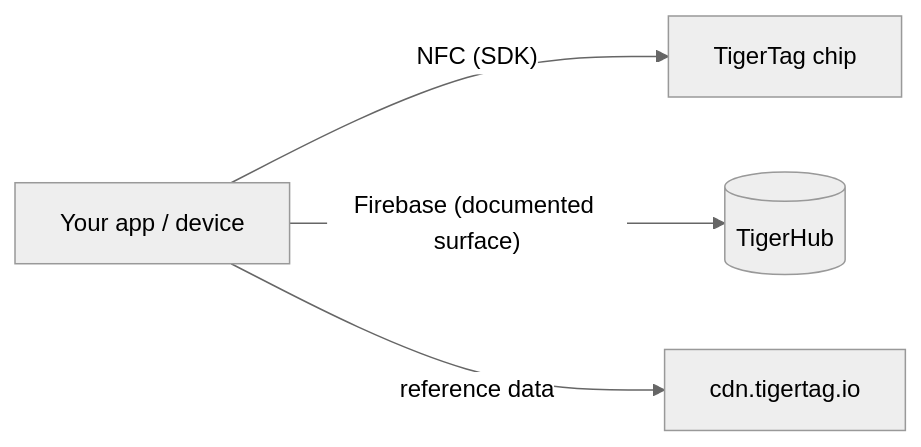
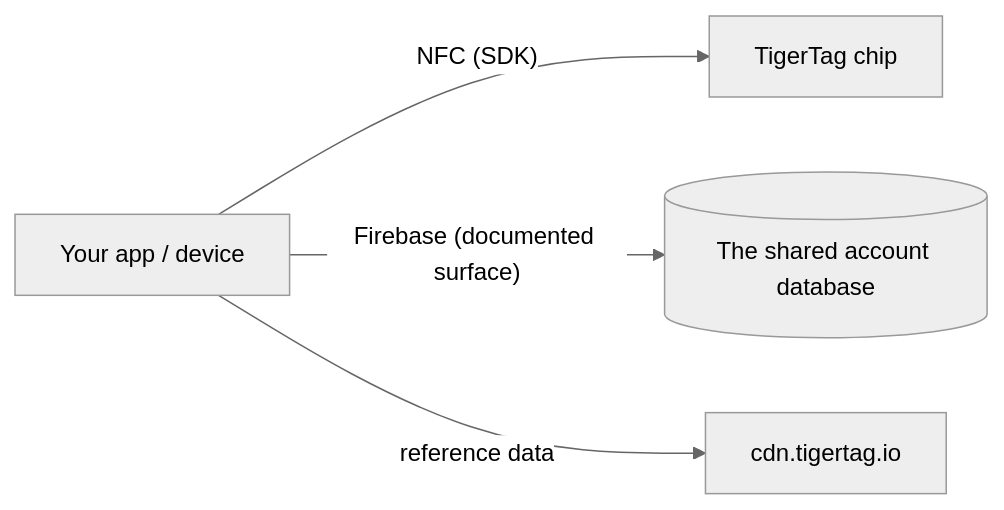
Before and after one commit to TigerTag-Project/TigerSystem-Docs: the diagram in docs/developers/README.md, drawn with Mermaid (neutral theme). The commit also changed 22 other files, not shown here.

Commit message:
Correct the TigerHub definition: TigerHub is the tigersystem.io web platform (showcase + social sandbox); the backend is plain, unbranded Firebase

````diff
--- a/docs/developers/README.md
+++ b/docs/developers/README.md
@@ -40,6 +40,6 @@
 ```mermaid
 flowchart LR
     YOU[Your app / device] -->|"NFC (SDK)"| TAG[TigerTag chip]
-    YOU -->|"Firebase (documented surface)"| CLOUD[(TigerHub)]
+    YOU -->|"Firebase (documented surface)"| CLOUD[("The shared account database")]
     YOU -->|"reference data"| CDN[cdn.tigertag.io]
 ```
````
